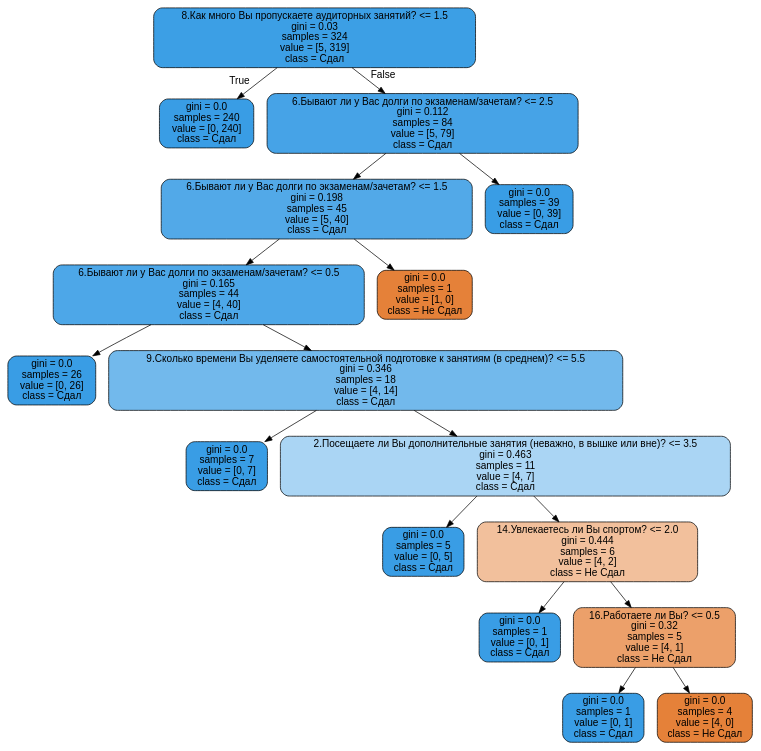
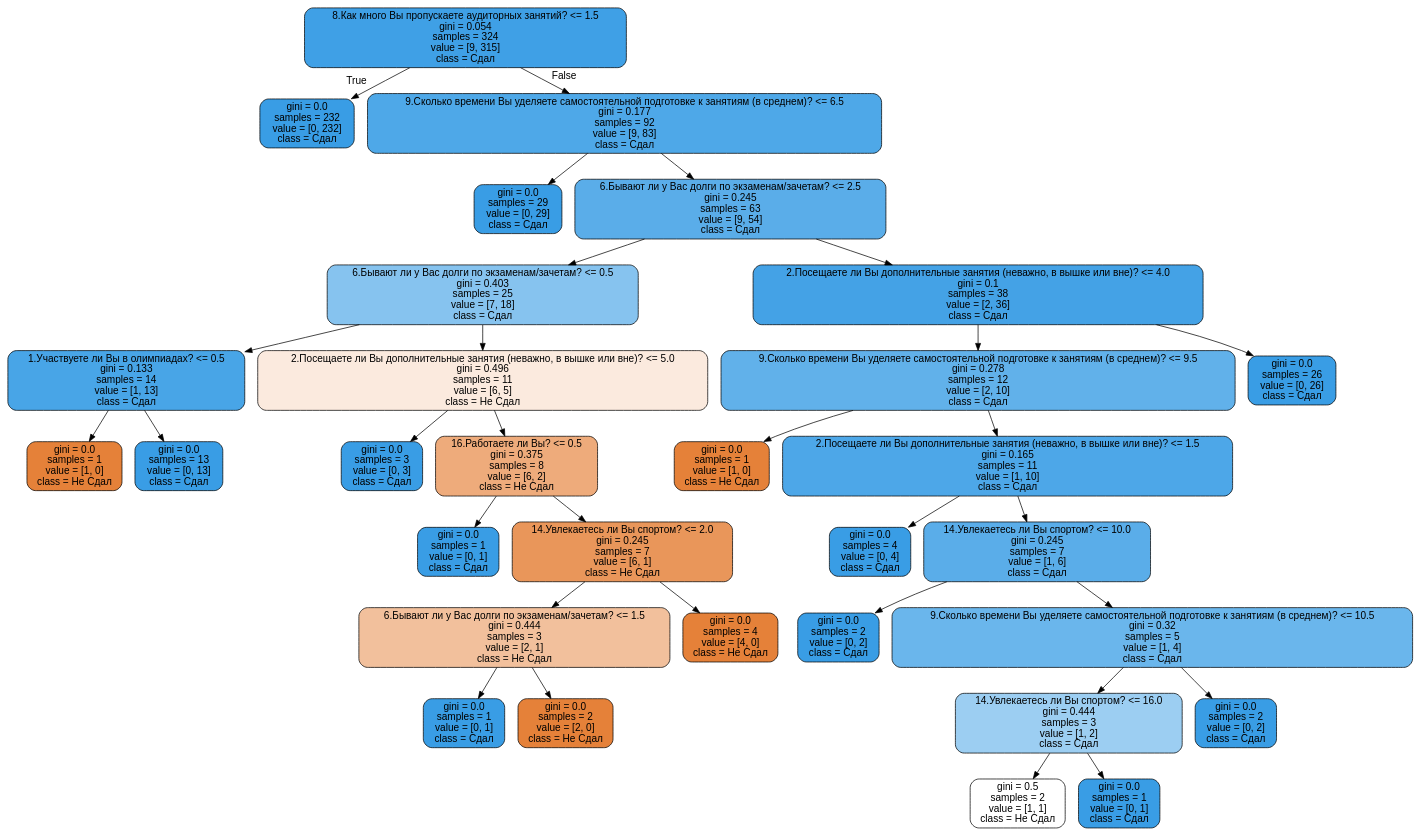
Before and after one commit to alexgiving/coursework_3: the diagram in myTreeName.dot, drawn with Graphviz. The commit also changed 2 other files, not shown here.

```diff
--- a/myTreeName.dot
+++ b/myTreeName.dot
@@ -1,37 +1,65 @@
 digraph Tree {
 node [shape=box, style="filled, rounded", color="black", fontname="helvetica"] ;
 edge [fontname="helvetica"] ;
-0 [label="8.Как много Вы пропускаете аудиторных занятий? <= 1.5\ngini = 0.03\nsamples = 324\nvalue = [5, 319]\nclass = Сдал", fillcolor="#3c9fe5"] ;
-1 [label="gini = 0.0\nsamples = 240\nvalue = [0, 240]\nclass = Сдал", fillcolor="#399de5"] ;
+0 [label="8.Как много Вы пропускаете аудиторных занятий? <= 1.5\ngini = 0.054\nsamples = 324\nvalue = [9, 315]\nclass = Сдал", fillcolor="#3fa0e6"] ;
+1 [label="gini = 0.0\nsamples = 232\nvalue = [0, 232]\nclass = Сдал", fillcolor="#399de5"] ;
 0 -> 1 [labeldistance=2.5, labelangle=45, headlabel="True"] ;
-2 [label="6.Бывают ли у Вас долги по экзаменам/зачетам? <= 2.5\ngini = 0.112\nsamples = 84\nvalue = [5, 79]\nclass = Сдал", fillcolor="#46a3e7"] ;
+2 [label="9.Сколько времени Вы уделяете самостоятельной подготовке к занятиям (в среднем)? <= 6.5\ngini = 0.177\nsamples = 92\nvalue = [9, 83]\nclass = Сдал", fillcolor="#4ea8e8"] ;
 0 -> 2 [labeldistance=2.5, labelangle=-45, headlabel="False"] ;
-3 [label="6.Бывают ли у Вас долги по экзаменам/зачетам? <= 1.5\ngini = 0.198\nsamples = 45\nvalue = [5, 40]\nclass = Сдал", fillcolor="#52a9e8"] ;
+3 [label="gini = 0.0\nsamples = 29\nvalue = [0, 29]\nclass = Сдал", fillcolor="#399de5"] ;
 2 -> 3 ;
-4 [label="6.Бывают ли у Вас долги по экзаменам/зачетам? <= 0.5\ngini = 0.165\nsamples = 44\nvalue = [4, 40]\nclass = Сдал", fillcolor="#4da7e8"] ;
-3 -> 4 ;
-5 [label="gini = 0.0\nsamples = 26\nvalue = [0, 26]\nclass = Сдал", fillcolor="#399de5"] ;
+4 [label="6.Бывают ли у Вас долги по экзаменам/зачетам? <= 2.5\ngini = 0.245\nsamples = 63\nvalue = [9, 54]\nclass = Сдал", fillcolor="#5aade9"] ;
+2 -> 4 ;
+5 [label="6.Бывают ли у Вас долги по экзаменам/зачетам? <= 0.5\ngini = 0.403\nsamples = 25\nvalue = [7, 18]\nclass = Сдал", fillcolor="#86c3ef"] ;
 4 -> 5 ;
-6 [label="9.Сколько времени Вы уделяете самостоятельной подготовке к занятиям (в среднем)? <= 5.5\ngini = 0.346\nsamples = 18\nvalue = [4, 14]\nclass = Сдал", fillcolor="#72b9ec"] ;
-4 -> 6 ;
-7 [label="gini = 0.0\nsamples = 7\nvalue = [0, 7]\nclass = Сдал", fillcolor="#399de5"] ;
+6 [label="1.Участвуете ли Вы в олимпиадах? <= 0.5\ngini = 0.133\nsamples = 14\nvalue = [1, 13]\nclass = Сдал", fillcolor="#48a5e7"] ;
+5 -> 6 ;
+7 [label="gini = 0.0\nsamples = 1\nvalue = [1, 0]\nclass = Не Сдал", fillcolor="#e58139"] ;
 6 -> 7 ;
-8 [label="2.Посещаете ли Вы дополнительные занятия (неважно, в вышке или вне)? <= 3.5\ngini = 0.463\nsamples = 11\nvalue = [4, 7]\nclass = Сдал", fillcolor="#aad5f4"] ;
+8 [label="gini = 0.0\nsamples = 13\nvalue = [0, 13]\nclass = Сдал", fillcolor="#399de5"] ;
 6 -> 8 ;
-9 [label="gini = 0.0\nsamples = 5\nvalue = [0, 5]\nclass = Сдал", fillcolor="#399de5"] ;
-8 -> 9 ;
-10 [label="14.Увлекаетесь ли Вы спортом? <= 2.0\ngini = 0.444\nsamples = 6\nvalue = [4, 2]\nclass = Не Сдал", fillcolor="#f2c09c"] ;
-8 -> 10 ;
-11 [label="gini = 0.0\nsamples = 1\nvalue = [0, 1]\nclass = Сдал", fillcolor="#399de5"] ;
-10 -> 11 ;
-12 [label="16.Работаете ли Вы? <= 0.5\ngini = 0.32\nsamples = 5\nvalue = [4, 1]\nclass = Не Сдал", fillcolor="#eca06a"] ;
-10 -> 12 ;
-13 [label="gini = 0.0\nsamples = 1\nvalue = [0, 1]\nclass = Сдал", fillcolor="#399de5"] ;
-12 -> 13 ;
-14 [label="gini = 0.0\nsamples = 4\nvalue = [4, 0]\nclass = Не Сдал", fillcolor="#e58139"] ;
-12 -> 14 ;
-15 [label="gini = 0.0\nsamples = 1\nvalue = [1, 0]\nclass = Не Сдал", fillcolor="#e58139"] ;
-3 -> 15 ;
-16 [label="gini = 0.0\nsamples = 39\nvalue = [0, 39]\nclass = Сдал", fillcolor="#399de5"] ;
-2 -> 16 ;
+9 [label="2.Посещаете ли Вы дополнительные занятия (неважно, в вышке или вне)? <= 5.0\ngini = 0.496\nsamples = 11\nvalue = [6, 5]\nclass = Не Сдал", fillcolor="#fbeade"] ;
+5 -> 9 ;
+10 [label="gini = 0.0\nsamples = 3\nvalue = [0, 3]\nclass = Сдал", fillcolor="#399de5"] ;
+9 -> 10 ;
+11 [label="16.Работаете ли Вы? <= 0.5\ngini = 0.375\nsamples = 8\nvalue = [6, 2]\nclass = Не Сдал", fillcolor="#eeab7b"] ;
+9 -> 11 ;
+12 [label="gini = 0.0\nsamples = 1\nvalue = [0, 1]\nclass = Сдал", fillcolor="#399de5"] ;
+11 -> 12 ;
+13 [label="14.Увлекаетесь ли Вы спортом? <= 2.0\ngini = 0.245\nsamples = 7\nvalue = [6, 1]\nclass = Не Сдал", fillcolor="#e9965a"] ;
+11 -> 13 ;
+14 [label="6.Бывают ли у Вас долги по экзаменам/зачетам? <= 1.5\ngini = 0.444\nsamples = 3\nvalue = [2, 1]\nclass = Не Сдал", fillcolor="#f2c09c"] ;
+13 -> 14 ;
+15 [label="gini = 0.0\nsamples = 1\nvalue = [0, 1]\nclass = Сдал", fillcolor="#399de5"] ;
+14 -> 15 ;
+16 [label="gini = 0.0\nsamples = 2\nvalue = [2, 0]\nclass = Не Сдал", fillcolor="#e58139"] ;
+14 -> 16 ;
+17 [label="gini = 0.0\nsamples = 4\nvalue = [4, 0]\nclass = Не Сдал", fillcolor="#e58139"] ;
+13 -> 17 ;
+18 [label="2.Посещаете ли Вы дополнительные занятия (неважно, в вышке или вне)? <= 4.0\ngini = 0.1\nsamples = 38\nvalue = [2, 36]\nclass = Сдал", fillcolor="#44a2e6"] ;
+4 -> 18 ;
+19 [label="9.Сколько времени Вы уделяете самостоятельной подготовке к занятиям (в среднем)? <= 9.5\ngini = 0.278\nsamples = 12\nvalue = [2, 10]\nclass = Сдал", fillcolor="#61b1ea"] ;
+18 -> 19 ;
+20 [label="gini = 0.0\nsamples = 1\nvalue = [1, 0]\nclass = Не Сдал", fillcolor="#e58139"] ;
+19 -> 20 ;
+21 [label="2.Посещаете ли Вы дополнительные занятия (неважно, в вышке или вне)? <= 1.5\ngini = 0.165\nsamples = 11\nvalue = [1, 10]\nclass = Сдал", fillcolor="#4da7e8"] ;
+19 -> 21 ;
+22 [label="gini = 0.0\nsamples = 4\nvalue = [0, 4]\nclass = Сдал", fillcolor="#399de5"] ;
+21 -> 22 ;
+23 [label="14.Увлекаетесь ли Вы спортом? <= 10.0\ngini = 0.245\nsamples = 7\nvalue = [1, 6]\nclass = Сдал", fillcolor="#5aade9"] ;
+21 -> 23 ;
+24 [label="gini = 0.0\nsamples = 2\nvalue = [0, 2]\nclass = Сдал", fillcolor="#399de5"] ;
+23 -> 24 ;
+25 [label="9.Сколько времени Вы уделяете самостоятельной подготовке к занятиям (в среднем)? <= 10.5\ngini = 0.32\nsamples = 5\nvalue = [1, 4]\nclass = Сдал", fillcolor="#6ab6ec"] ;
+23 -> 25 ;
+26 [label="14.Увлекаетесь ли Вы спортом? <= 16.0\ngini = 0.444\nsamples = 3\nvalue = [1, 2]\nclass = Сдал", fillcolor="#9ccef2"] ;
+25 -> 26 ;
+27 [label="gini = 0.5\nsamples = 2\nvalue = [1, 1]\nclass = Не Сдал", fillcolor="#ffffff"] ;
+26 -> 27 ;
+28 [label="gini = 0.0\nsamples = 1\nvalue = [0, 1]\nclass = Сдал", fillcolor="#399de5"] ;
+26 -> 28 ;
+29 [label="gini = 0.0\nsamples = 2\nvalue = [0, 2]\nclass = Сдал", fillcolor="#399de5"] ;
+25 -> 29 ;
+30 [label="gini = 0.0\nsamples = 26\nvalue = [0, 26]\nclass = Сдал", fillcolor="#399de5"] ;
+18 -> 30 ;
 }
```
